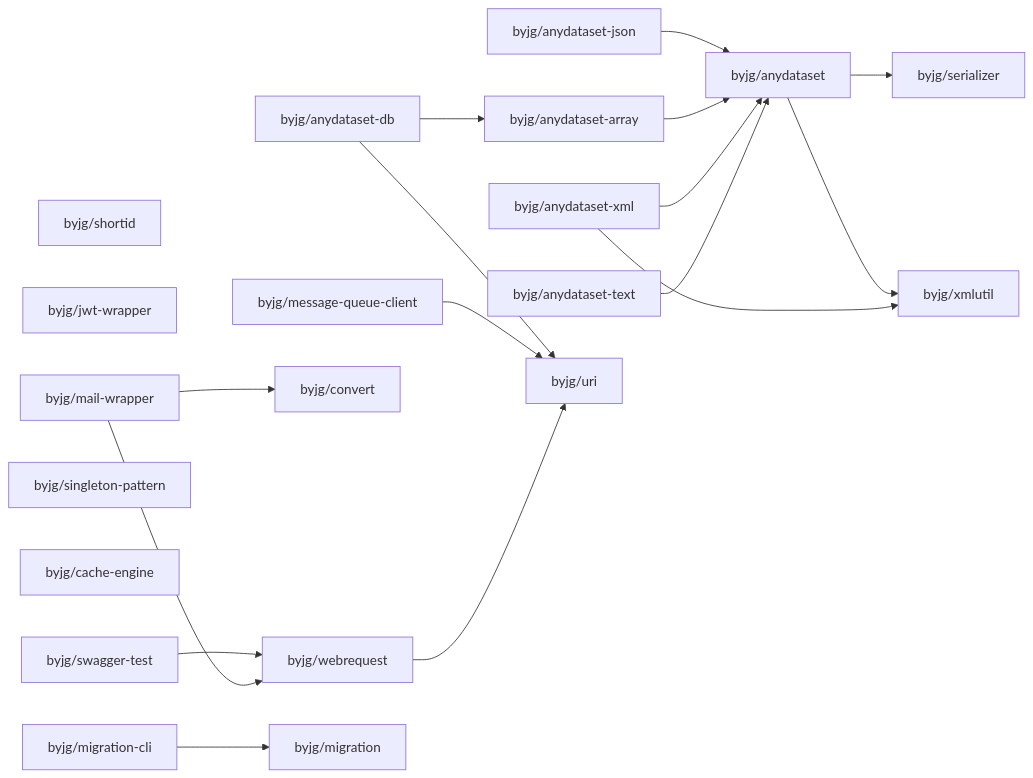
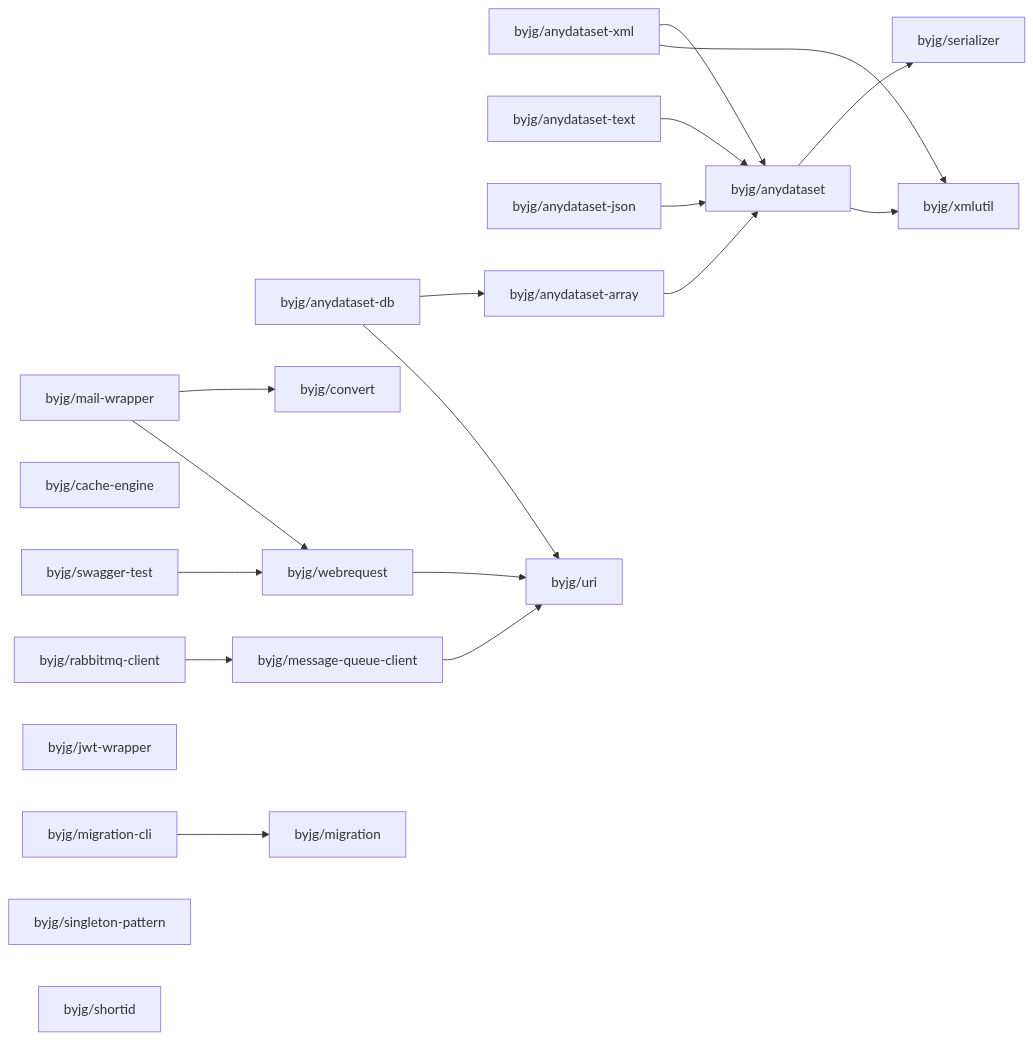
Before and after one commit to byjg/byjg.github.io: the diagram in php/README.md, drawn with Mermaid. The commit also changed 2 other files, not shown here.

Commit message:
Update documentation 'php' 'php-rabbitmq-client'

````diff
--- a/php/README.md
+++ b/php/README.md
@@ -3,38 +3,40 @@
 ```mermaid
 graph LR;
-  byjg/message-queue-client;
+  byjg/mail-wrapper;
+  byjg/cache-engine;
+  byjg/swagger-test;
+  byjg/rabbitmq-client;
+  byjg/jwt-wrapper;
+  byjg/migration-cli;
+  byjg/singleton-pattern;
+  byjg/anydataset-xml;
+  byjg/anydataset-text;
+  byjg/anydataset-db;
   byjg/shortid;
-  byjg/jwt-wrapper;
-  byjg/swagger-test;
-  byjg/anydataset-text;
-  byjg/singleton-pattern;
-  byjg/cache-engine;
-  byjg/mail-wrapper;
   byjg/anydataset-json;
-  byjg/migration-cli;
-  byjg/anydataset-xml;
-  byjg/anydataset-db;
   byjg/convert;
   byjg/webrequest;
+  byjg/message-queue-client;
   byjg/migration;
   byjg/anydataset-array;
   byjg/uri;
   byjg/anydataset;
   byjg/serializer;
   byjg/xmlutil;
   byjg/anydataset-text --> byjg/anydataset;
   byjg/webrequest --> byjg/uri;
+  byjg/rabbitmq-client --> byjg/message-queue-client;
   byjg/anydataset-xml --> byjg/anydataset;
   byjg/anydataset-xml --> byjg/xmlutil;
   byjg/anydataset-array --> byjg/anydataset;
   byjg/mail-wrapper --> byjg/convert;
   byjg/mail-wrapper --> byjg/webrequest;
   byjg/message-queue-client --> byjg/uri;
   byjg/anydataset-db --> byjg/anydataset-array;
   byjg/anydataset-db --> byjg/uri;
   byjg/anydataset-json --> byjg/anydataset;
   byjg/swagger-test --> byjg/webrequest;
   byjg/migration-cli --> byjg/migration;
   byjg/anydataset --> byjg/serializer;
   byjg/anydataset --> byjg/xmlutil;
 ```
````
